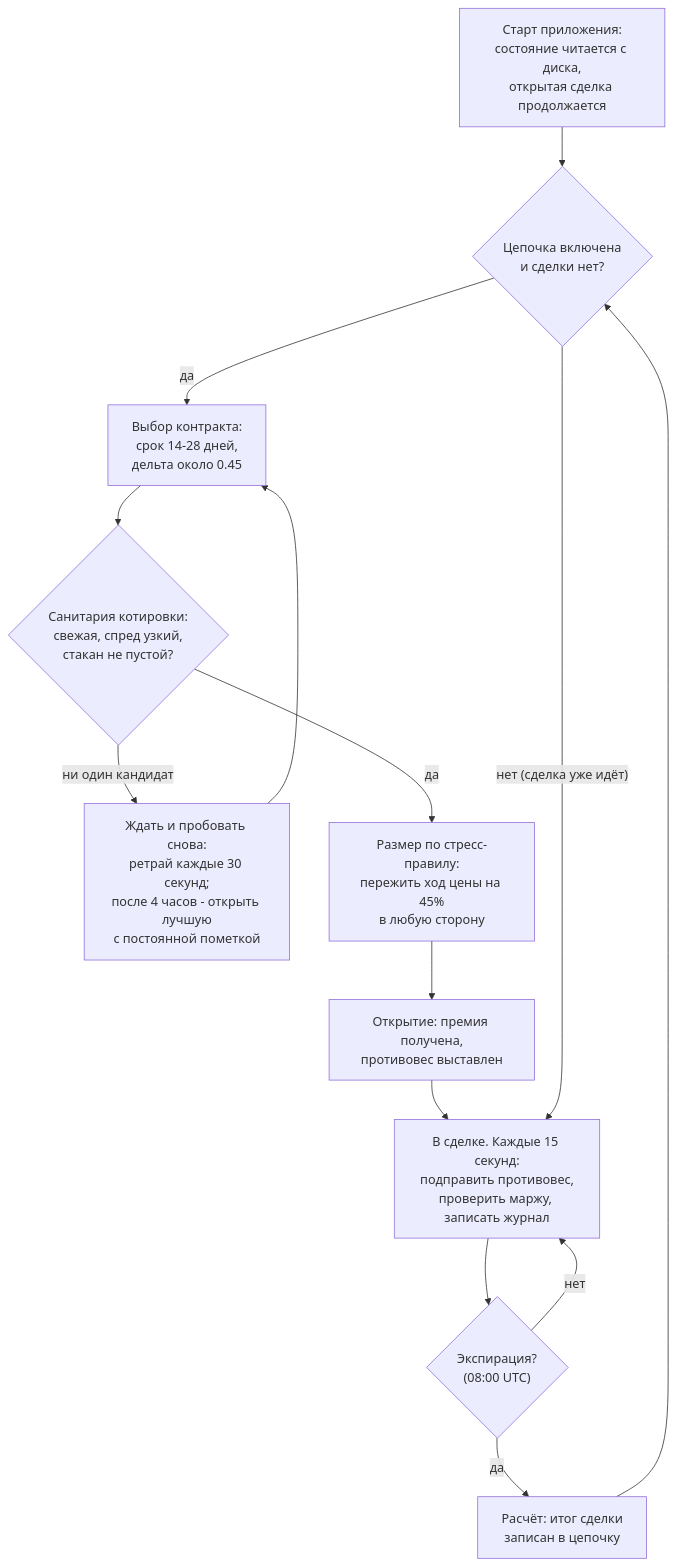
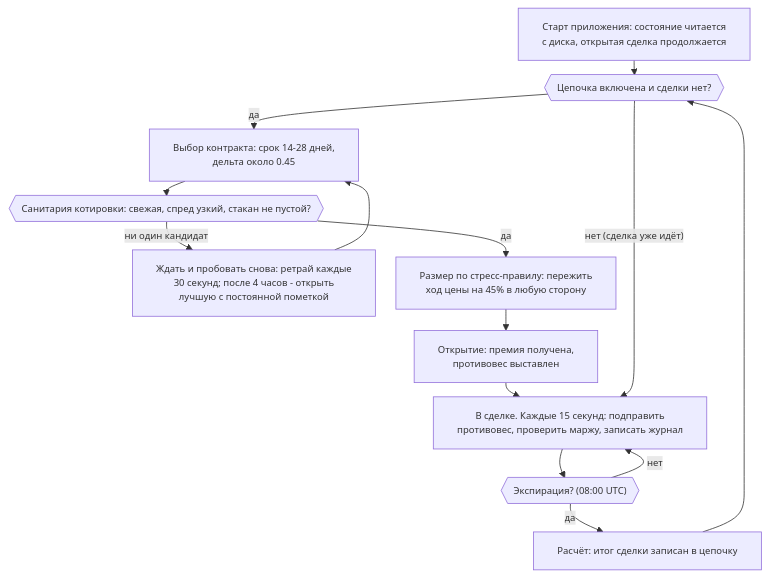
Before and after one commit to hamiltonalex/botLab: the first of 6 diagrams in botLab-desktop/docs/bot2-btc-options-how-it-works.ru.md, drawn with Mermaid. The commit also changed other lines of this file and 1 other file, not shown here.

Commit message:
docs(btc-options): диаграммы цикла и воронки вписаны в вертикальный А4 - плоские решения и компактный init (ru/en)

````diff
--- a/botLab-desktop/docs/bot2-btc-options-how-it-works.ru.md
+++ b/botLab-desktop/docs/bot2-btc-options-how-it-works.ru.md
@@ -36,16 +36,17 @@
 ```mermaid
+%%{init: {"themeVariables": {"fontSize": "12px"}, "flowchart": {"nodeSpacing": 26, "rankSpacing": 18, "diagramPadding": 4, "wrappingWidth": 380}}}%%
 flowchart TD
-    A["Старт приложения:<br/>состояние читается с диска,<br/>открытая сделка продолжается"] --> B{"Цепочка включена<br/>и сделки нет?"}
-    B -- "да" --> C["Выбор контракта:<br/>срок 14-28 дней,<br/>дельта около 0.45"]
-    C --> D{"Санитария котировки:<br/>свежая, спред узкий,<br/>стакан не пустой?"}
-    D -- "ни один кандидат" --> W["Ждать и пробовать снова:<br/>ретрай каждые 30 секунд;<br/>после 4 часов - открыть лучшую<br/>с постоянной пометкой"]
+    A["Старт приложения: состояние читается<br/>с диска, открытая сделка продолжается"] --> B{{"Цепочка включена и сделки нет?"}}
+    B -- "да" --> C["Выбор контракта: срок 14-28 дней,<br/>дельта около 0.45"]
+    C --> D{{"Санитария котировки: свежая, спред узкий, стакан не пустой?"}}
+    D -- "ни один кандидат" --> W["Ждать и пробовать снова: ретрай каждые<br/>30 секунд; после 4 часов - открыть<br/>лучшую с постоянной пометкой"]
     W --> C
-    D -- "да" --> E["Размер по стресс-правилу:<br/>пережить ход цены на 45%<br/>в любую сторону"]
+    D -- "да" --> E["Размер по стресс-правилу: пережить<br/>ход цены на 45% в любую сторону"]
     E --> F["Открытие: премия получена,<br/>противовес выставлен"]
-    F --> G["В сделке. Каждые 15 секунд:<br/>подправить противовес,<br/>проверить маржу, записать журнал"]
-    G --> H{"Экспирация?<br/>(08:00 UTC)"}
+    F --> G["В сделке. Каждые 15 секунд: подправить<br/>противовес, проверить маржу, записать журнал"]
+    G --> H{{"Экспирация? (08:00 UTC)"}}
     H -- "нет" --> G
-    H -- "да" --> I["Расчёт: итог сделки<br/>записан в цепочку"]
+    H -- "да" --> I["Расчёт: итог сделки записан в цепочку"]
     I --> B
     B -- "нет (сделка уже идёт)" --> G
 ```
````
